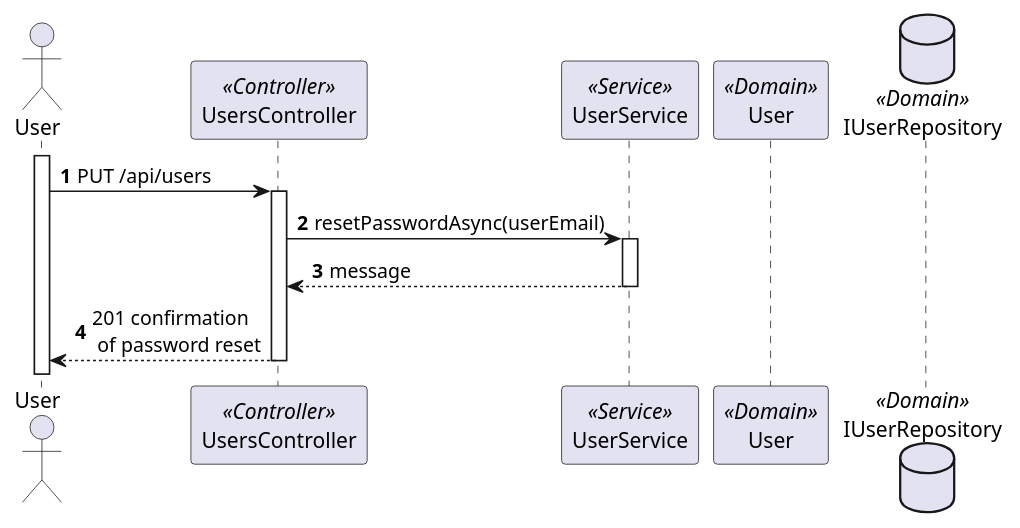
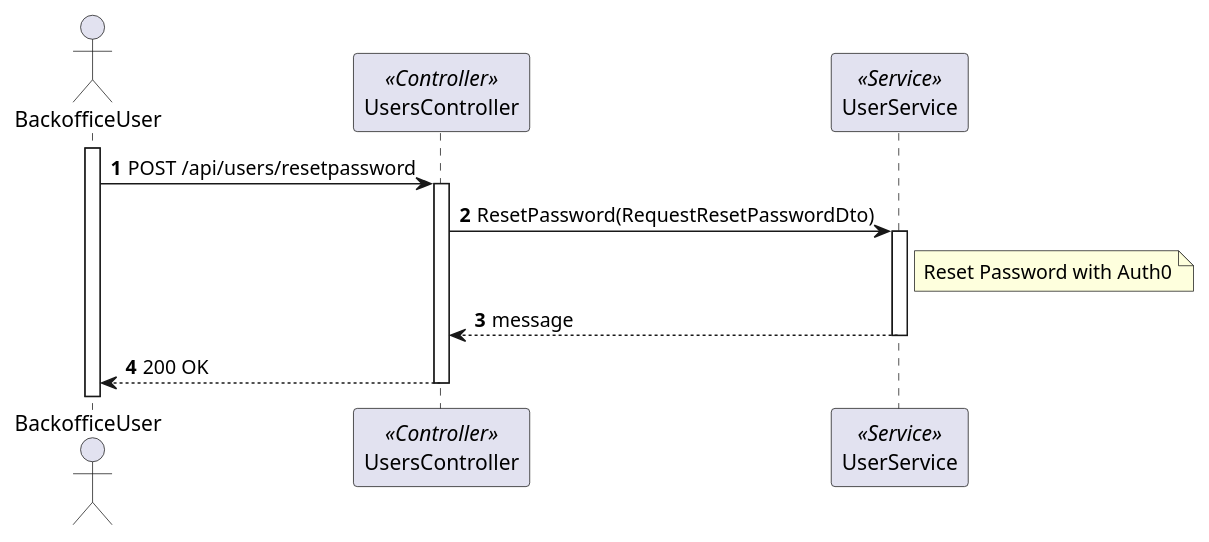
The diagram in docs/sprint-a/us-5.1.2/views/level3/process-view.puml (1220846/sem5pi-24-25-3ddg20), drawn with PlantUML before and after one commit. The commit also changed 6 other files, not shown here.

```diff
--- a/docs/sprint-a/us-5.1.2/views/level3/process-view.puml
+++ b/docs/sprint-a/us-5.1.2/views/level3/process-view.puml
@@ -1,39 +1,21 @@
-@startuml level3
+@startuml process-view
 autonumber
 
-actor "User" as UserP
+actor "BackofficeUser" as UserP
 participant "UsersController" as Controller <<Controller>>
 participant "UserService" as Service <<Service>>
-participant "User" as User <<Domain>>
-database "IUserRepository" as UserRepository <<Domain>>
 
 activate UserP
-UserP->Controller:PUT /api/users
+UserP->Controller:POST /api/users/resetpassword
 activate Controller
     
-    Controller->Service:resetPasswordAsync(userEmail)
+    Controller->Service:ResetPassword(RequestResetPasswordDto)
     activate Service
 
-        /'Service->SendNotification:notifyStaffWithLink(userEmail)
-        activate SendNotification
-
-            SendNotification-->Service:sendLink
-        deactivate SendNotification
-
-        note over Service
-            "Fazer auth ao Staff"
-        end note
-        '/
-        /'
-        Service->Auth:setPassword()
-
-        '/
-
-
-    
+        note right of Service: Reset Password with Auth0
 
         Service-->Controller:message
     deactivate Service
-    UserP<-- Controller:201 confirmation\n of password reset
+    UserP<-- Controller:200 OK
 deactivate Controller
 @enduml 
```
